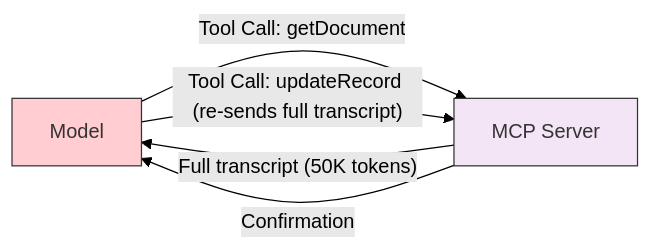
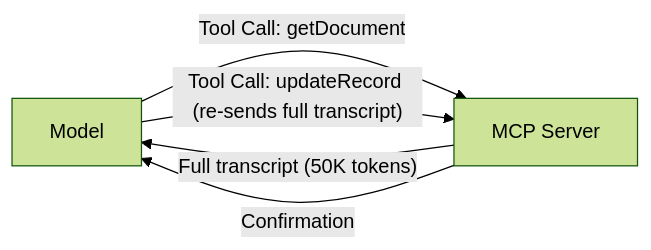
One commit to Rx782-Fss/claude-howto-zh changed the sixth of 7 diagrams in claude-howto-zh/05-mcp/README.md. Above: the diagram before and after it, drawn with Mermaid (forest theme). The commit also changed other lines of this file and 9 other files, not shown here.

Commit message:
fix: 清除 Mermaid style 行(105处)和节点标签数字列表格式(17处)，修复 Obsidian/GitHub 'Unsupported markdown: list' 渲染错误

````diff
--- a/claude-howto-zh/05-mcp/README.md
+++ b/claude-howto-zh/05-mcp/README.md
@@ -747,10 +727,8 @@
 ```mermaid
 graph LR
     A["Model"] -->|"Tool Call: getDocument"| B["MCP Server"]
     B -->|"Full transcript (50K tokens)"| A
     A -->|"Tool Call: updateRecord (re-sends full transcript)"| B
     B -->|"Confirmation"| A
 
-    style A fill:#ffcdd2,stroke:#333,color:#333
-    style B fill:#f3e5f5,stroke:#333,color:#333
 ```
````
